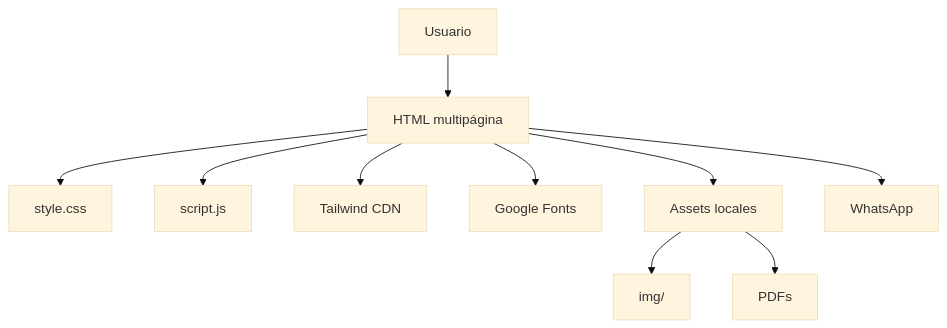
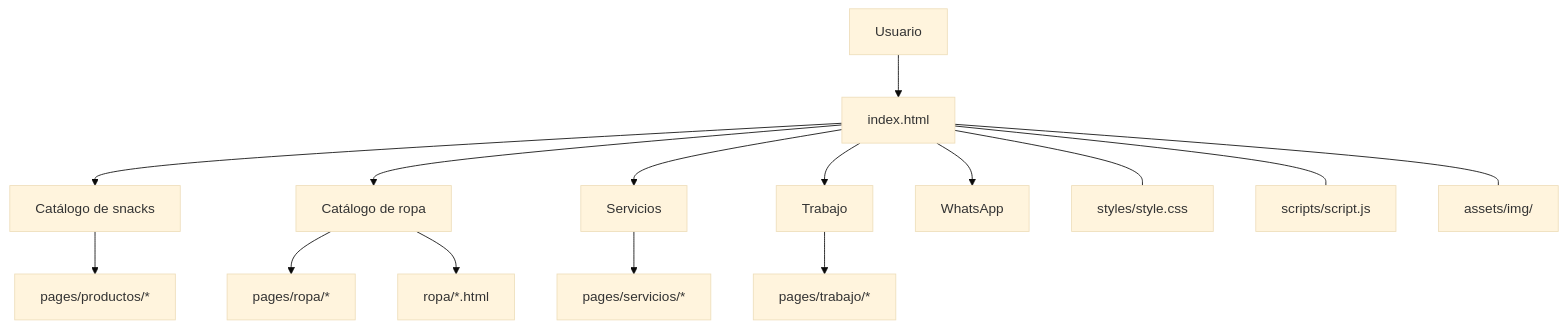
Before and after one commit to Alessander9/kironuevo: the first of 4 diagrams in README.md, drawn with Mermaid (base theme). The commit also changed other lines of this file and 166 other files, not shown here.

````diff
--- a/README.md
+++ b/README.md
@@ -99,12 +55,19 @@
 ```mermaid
 flowchart TB
-  U[Usuario] --> H[HTML multipágina]
-  H --> C[style.css]
-  H --> J[script.js]
-  H --> T[Tailwind CDN]
-  H --> F[Google Fonts]
-  H --> A[Assets locales]
-  A --> I[img/]
-  A --> P[PDFs]
+  U[Usuario] --> H[index.html]
+  H --> P[Catálogo de snacks]
+  H --> R[Catálogo de ropa]
+  H --> S[Servicios]
+  H --> T[Trabajo]
   H --> W[WhatsApp]
+
+  P --> PP[pages/productos/*]
+  R --> RP[pages/ropa/*]
+  R --> RG[ropa/*.html]
+  S --> SP[pages/servicios/*]
+  T --> TR[pages/trabajo/*]
+
+  H --- CSS[styles/style.css]
+  H --- JS[scripts/script.js]
+  H --- IMG[assets/img/]
 ```
````
